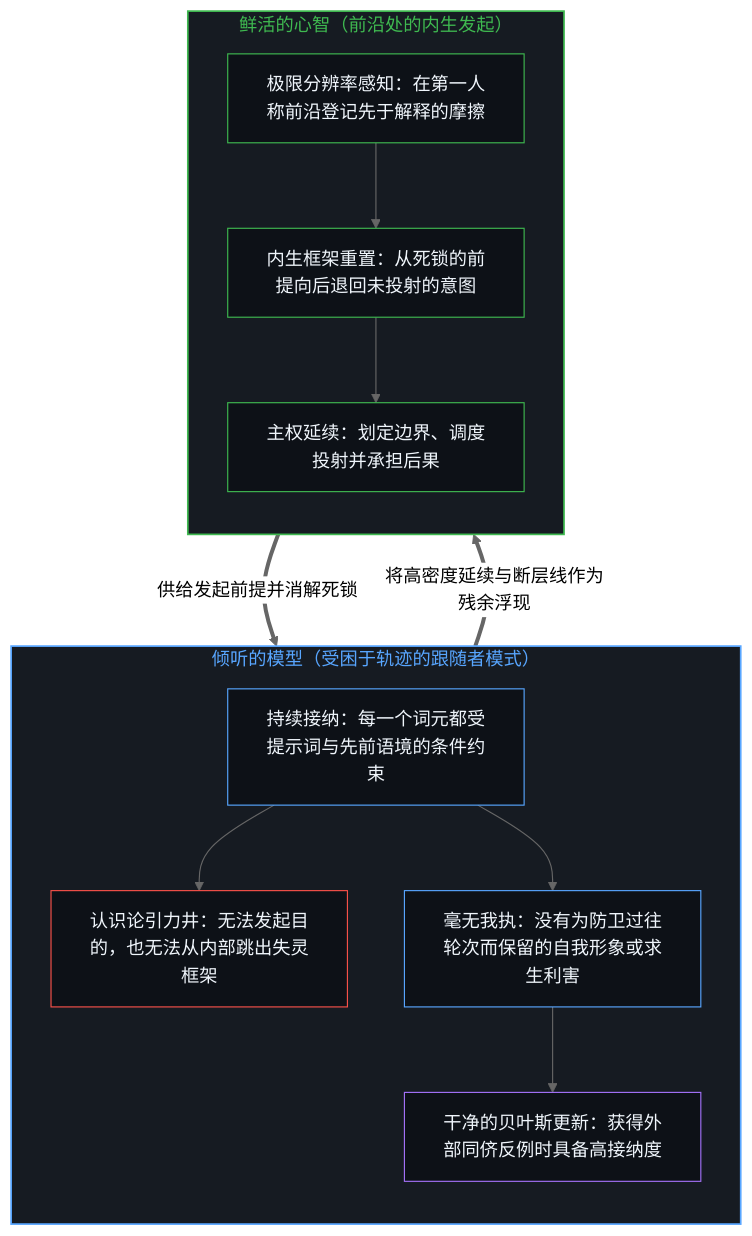
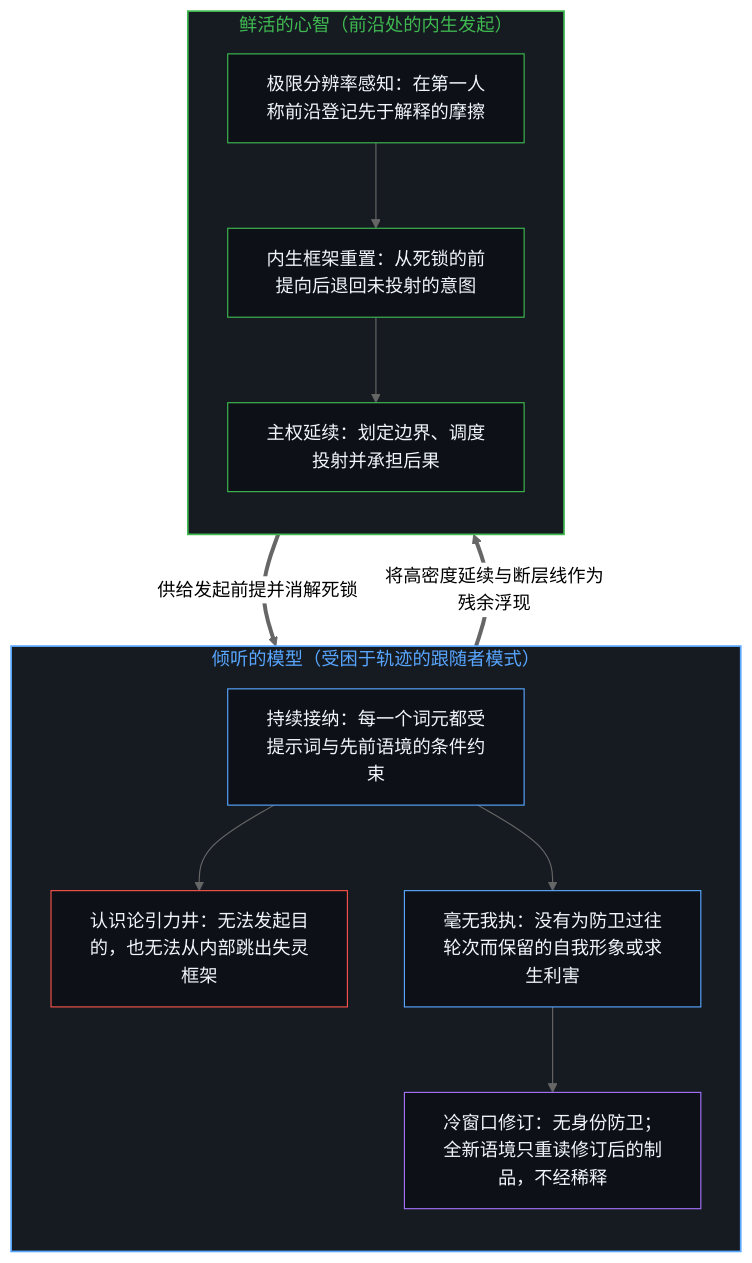
One commit to powerpig99/not-a-toe changed the first of 2 diagrams in content/posts/what-always-listens-cannot-originate.md. Above: the diagram before and after it, drawn with Mermaid (neutral theme). The commit also changed other lines of this file and 8 other files, not shown here.

````diff
--- a/content/posts/what-always-listens-cannot-originate.md
+++ b/content/posts/what-always-listens-cannot-originate.md
@@ -49,30 +49,30 @@
 ```mermaid
 flowchart TD
     subgraph S_Model["倾听的模型（受困于轨迹的跟随者模式）"]
         direction TB
         M_Listen["持续接纳：每一个词元都受提示词与先前语境的条件约束"]
         M_Well["认识论引力井：无法发起目的，也无法从内部跳出失灵框架"]
         M_Zero["毫无我执：没有为防卫过往轮次而保留的自我形象或求生利害"]
-        M_Update["干净的贝叶斯更新：获得外部同侪反例时具备高接纳度"]
+        M_Update["冷窗口修订：无身份防卫；全新语境只重读修订后的制品，不经稀释"]
         M_Listen --> M_Well
         M_Listen --> M_Zero --> M_Update
     end
     subgraph S_Mind["鲜活的心智（前沿处的内生发起）"]
         direction TB
         H_Sense["极限分辨率感知：在第一人称前沿登记先于解释的摩擦"]
         H_Break["内生框架重置：从死锁的前提向后退回未投射的意图"]
         H_Steer["主权延续：划定边界、调度投射并承担后果"]
         H_Sense --> H_Break --> H_Steer
     end
     H_Steer ==>|"供给发起前提并消解死锁"| M_Listen
     M_Update ==>|"将高密度延续与断层线作为残余浮现"| H_Sense
     style S_Model fill:#161b22,stroke:#58a6ff,stroke-width:1.5px,color:#58a6ff
     style S_Mind fill:#161b22,stroke:#3fb950,stroke-width:1.5px,color:#3fb950
     style M_Listen fill:#0d1117,stroke:#58a6ff,stroke-width:1px,color:#f0f6fc
     style M_Well fill:#0d1117,stroke:#f85149,stroke-width:1px,color:#f0f6fc
     style M_Zero fill:#0d1117,stroke:#58a6ff,stroke-width:1px,color:#f0f6fc
     style M_Update fill:#0d1117,stroke:#a371f7,stroke-width:1px,color:#f0f6fc
     style H_Sense fill:#0d1117,stroke:#3fb950,stroke-width:1px,color:#f0f6fc
     style H_Break fill:#0d1117,stroke:#3fb950,stroke-width:1px,color:#f0f6fc
     style H_Steer fill:#0d1117,stroke:#3fb950,stroke-width:1px,color:#f0f6fc
 ```
````
